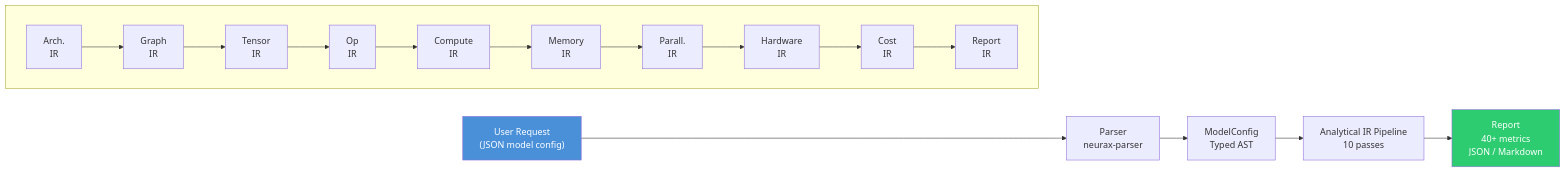
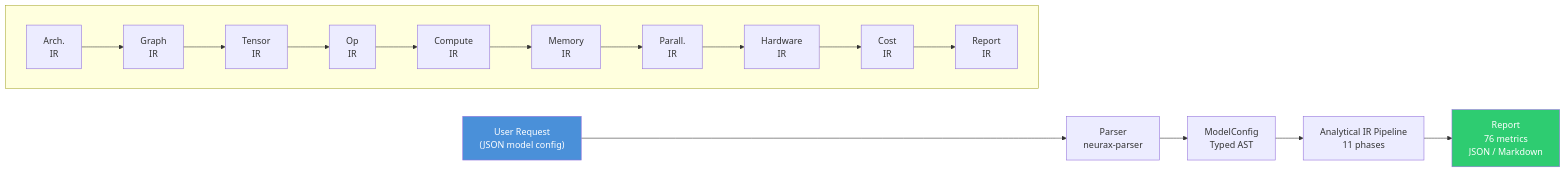
The second of 5 diagrams in book/src/DESIGN.md (NEURAX-canvas/NEURAX), drawn with Mermaid before and after one commit. The commit also changed other lines of this file and 7 other files, not shown here.

First line of the commit message:
docs(book): fix Mermaid rendering, correct stale figures, document sweep/diagnostics/context

````diff
--- a/book/src/DESIGN.md
+++ b/book/src/DESIGN.md
@@ -96,17 +106,17 @@
 ```mermaid
 flowchart LR
     INPUT["User Request<br/>(JSON model config)"] --> PARSER["Parser<br/>neurax-parser"]
     PARSER --> AST["ModelConfig<br/>Typed AST"]
-    AST --> PIPELINE["Analytical IR Pipeline<br/>10 passes"]
+    AST --> PIPELINE["Analytical IR Pipeline<br/>11 phases"]
 
     subgraph PIPELINE_CONTENT [" "]
         direction LR
         A["Arch.<br/>IR"] --> G["Graph<br/>IR"] --> T["Tensor<br/>IR"] --> O["Op<br/>IR"] --> C["Compute<br/>IR"]
         C --> M["Memory<br/>IR"] --> P["Parall.<br/>IR"] --> H["Hardware<br/>IR"] --> CO["Cost<br/>IR"] --> R["Report<br/>IR"]
     end
 
-    PIPELINE --> REPORT["Report<br/>40+ metrics<br/>JSON / Markdown"]
+    PIPELINE --> REPORT["Report<br/>76 metrics<br/>JSON / Markdown"]
 
     style INPUT fill:#4a90d9,color:#fff
     style REPORT fill:#2ecc71,color:#fff
 ```
````
